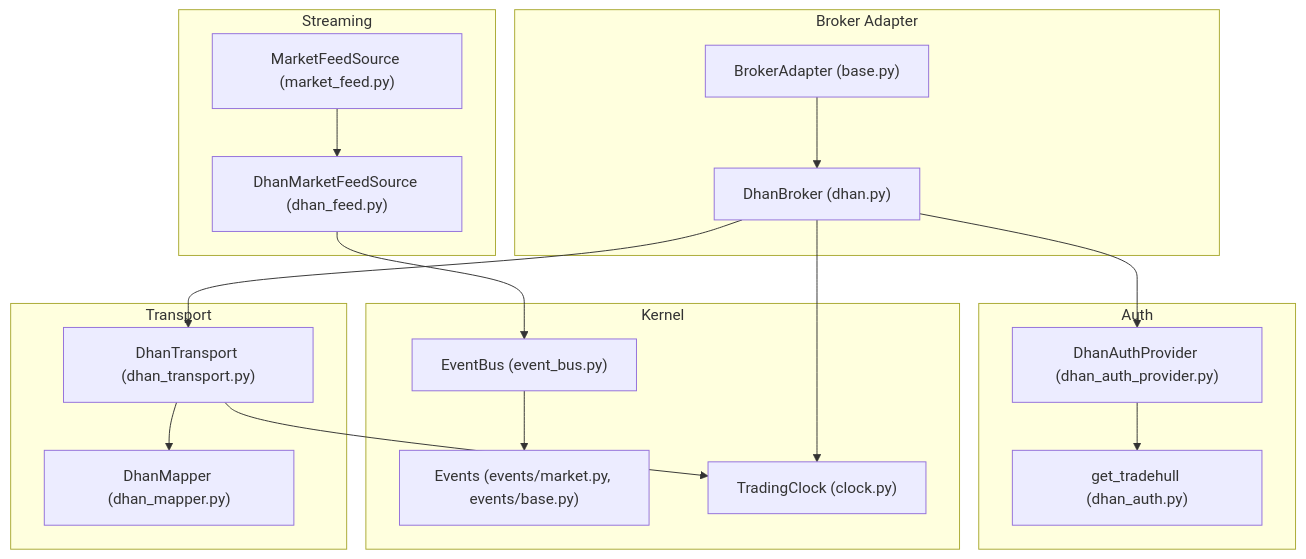
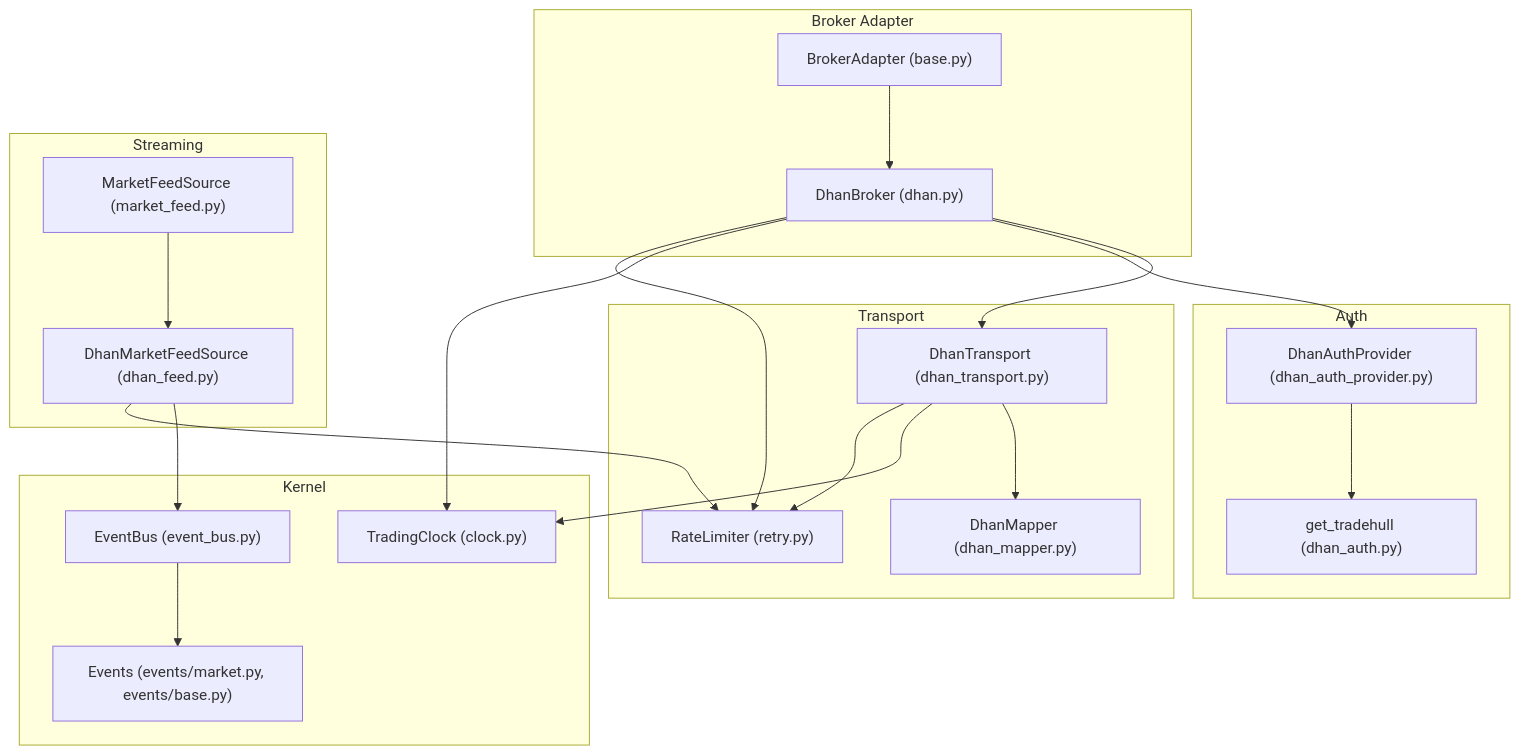
The first of 11 diagrams in .qoder/repowiki/en/content/Broker Integration/Transport Layer & Connectivity.md (Ganesh-Kusundal/nTrade), drawn with Mermaid before and after one commit. The commit also changed other lines of this file and 331 other files, not shown here.

````diff
--- a/.qoder/repowiki/en/content/Broker Integration/Transport Layer & Connectivity.md
+++ b/.qoder/repowiki/en/content/Broker Integration/Transport Layer & Connectivity.md
@@ -54,34 +65,38 @@
 ```mermaid
 graph TB
 subgraph "Broker Adapter"
 BA["BrokerAdapter (base.py)"]
 DB["DhanBroker (dhan.py)"]
 end
 subgraph "Transport"
 DT["DhanTransport (dhan_transport.py)"]
 DM["DhanMapper (dhan_mapper.py)"]
+RL["RateLimiter (retry.py)"]
 end
 subgraph "Auth"
 AP["DhanAuthProvider (dhan_auth_provider.py)"]
 AU["get_tradehull (dhan_auth.py)"]
 end
 subgraph "Streaming"
 MF["MarketFeedSource (market_feed.py)"]
 DF["DhanMarketFeedSource (dhan_feed.py)"]
 end
 subgraph "Kernel"
 EB["EventBus (event_bus.py)"]
 EV["Events (events/market.py, events/base.py)"]
 CL["TradingClock (clock.py)"]
 end
 BA --> DB
 DB --> DT
 DT --> DM
 DB --> AP
 AP --> AU
 MF --> DF
 DF --> EB
 EB --> EV
 DB --> CL
 DT --> CL
+DB --> RL
+DT --> RL
+DF --> RL
 ```
````
